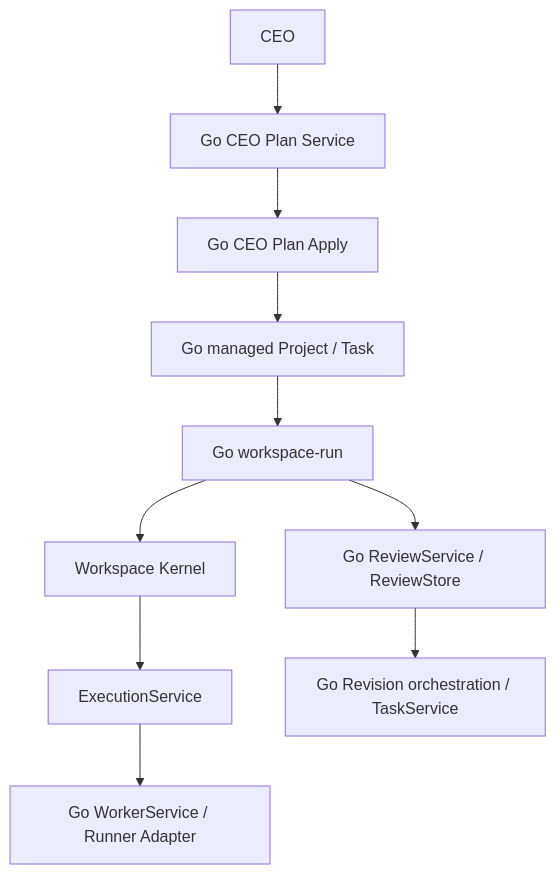
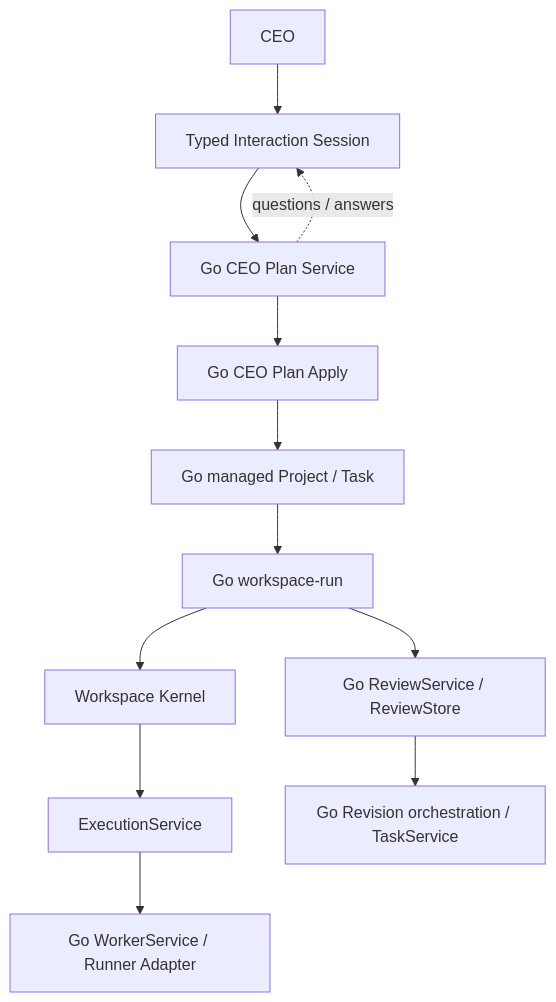
One commit to AkiraShimizu0/WorkCairn changed the diagram in README.md. Above: the diagram before and after it, drawn with Mermaid. The commit also changed other lines of this file and 28 other files, not shown here.

Commit message:
feat: add typed interaction approval sessions

````diff
--- a/README.md
+++ b/README.md
@@ -26,12 +27,14 @@
 ```mermaid
 flowchart TD
-    CEO["CEO"] --> CEOPlan["Go CEO Plan Service"]
+    CEO["CEO"] --> Interaction["Typed Interaction Session"]
+    Interaction --> CEOPlan["Go CEO Plan Service"]
+    CEOPlan -. questions / answers .-> Interaction
     CEOPlan --> CEOApply["Go CEO Plan Apply"]
     CEOApply --> Workflow["Go managed Project / Task"]
     Workflow --> Run["Go workspace-run"]
     Run --> Kernel["Workspace Kernel"]
     Kernel --> Execution["ExecutionService"]
     Execution --> Worker["Go WorkerService / Runner Adapter"]
     Run --> Review["Go ReviewService / ReviewStore"]
     Review --> Revision["Go Revision orchestration / TaskService"]
 ```
````
